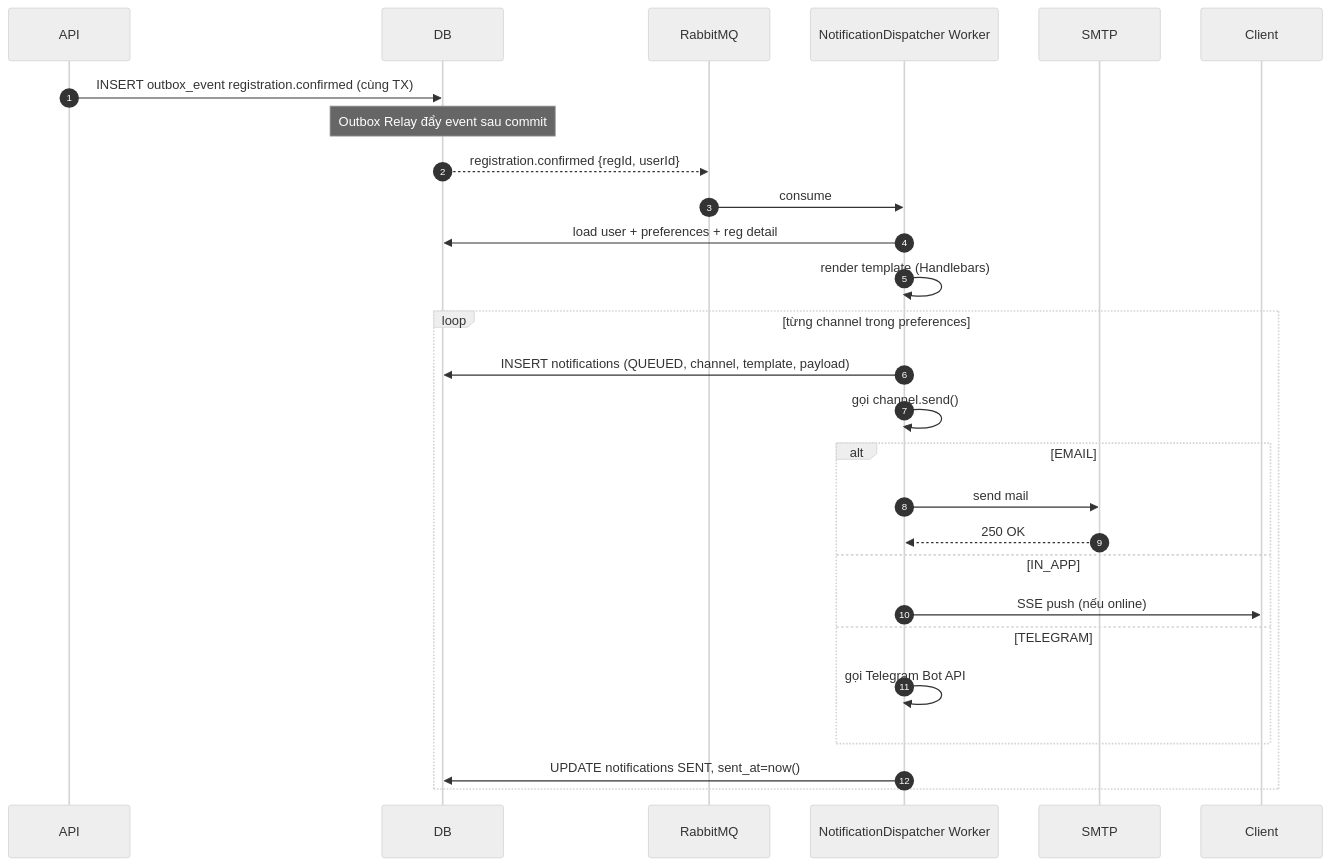
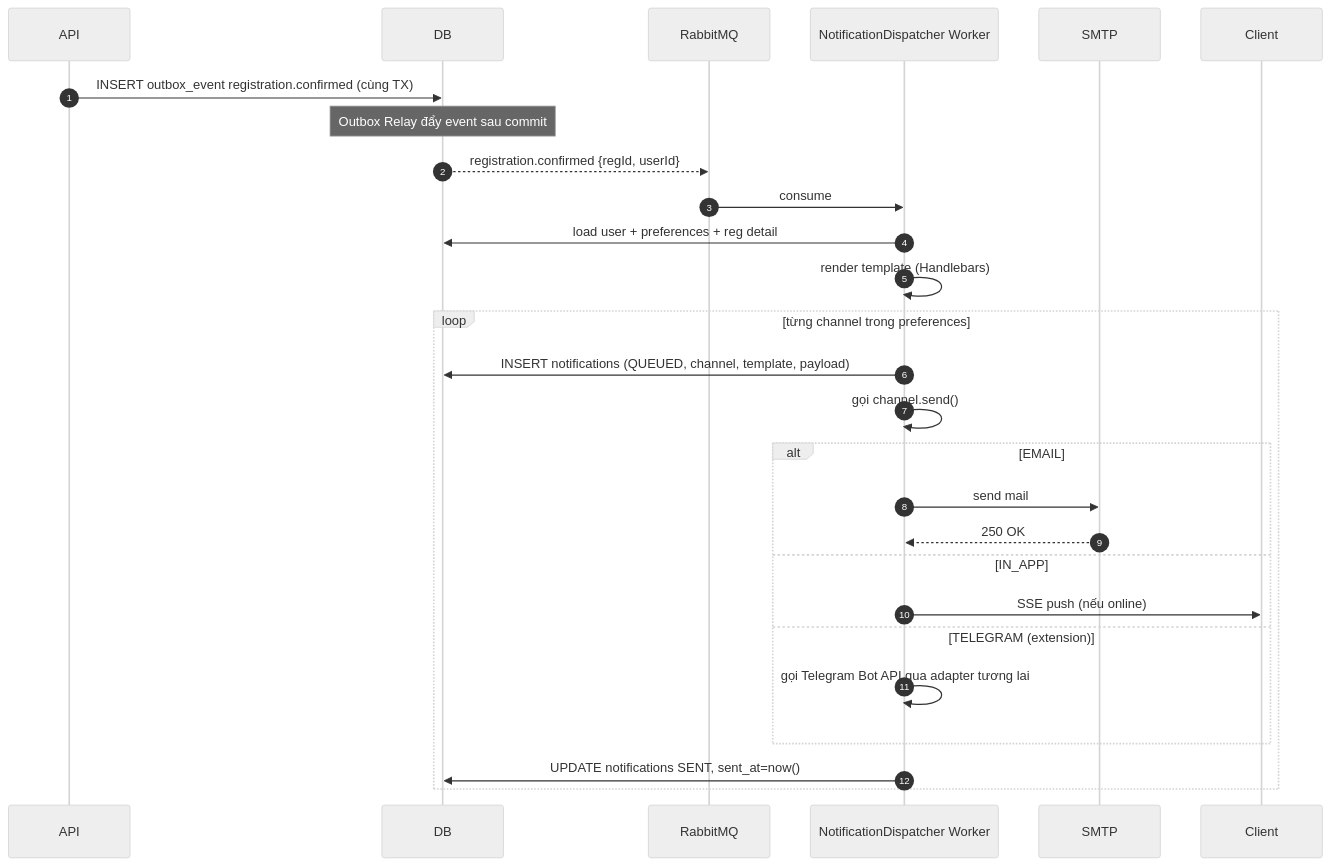
The second of 2 diagrams in blueprint/specs/notification.md (ThangTo/UniHub-Workshop), drawn with Mermaid (neutral theme) before and after one commit. The commit also changed other lines of this file and 11 other files, not shown here.

````diff
--- a/blueprint/specs/notification.md
+++ b/blueprint/specs/notification.md
@@ -57,31 +57,31 @@
 ```mermaid
 sequenceDiagram
     autonumber
     participant API
     participant DB
     participant MQ as RabbitMQ
     participant W as NotificationDispatcher Worker
     participant SMTP
     participant Client
 
     API->>DB: INSERT outbox_event registration.confirmed (cùng TX)
     Note over DB: Outbox Relay đẩy event sau commit
     DB-->>MQ: registration.confirmed {regId, userId}
     MQ->>W: consume
 
     W->>DB: load user + preferences + reg detail
     W->>W: render template (Handlebars)
     loop từng channel trong preferences
         W->>DB: INSERT notifications (QUEUED, channel, template, payload)
         W->>W: gọi channel.send()
         alt EMAIL
             W->>SMTP: send mail
             SMTP-->>W: 250 OK
         else IN_APP
             W->>Client: SSE push (nếu online)
-        else TELEGRAM
-            W->>W: gọi Telegram Bot API
+        else TELEGRAM (extension)
+            W->>W: gọi Telegram Bot API qua adapter tương lai
         end
         W->>DB: UPDATE notifications SENT, sent_at=now()
     end
 ```
````
